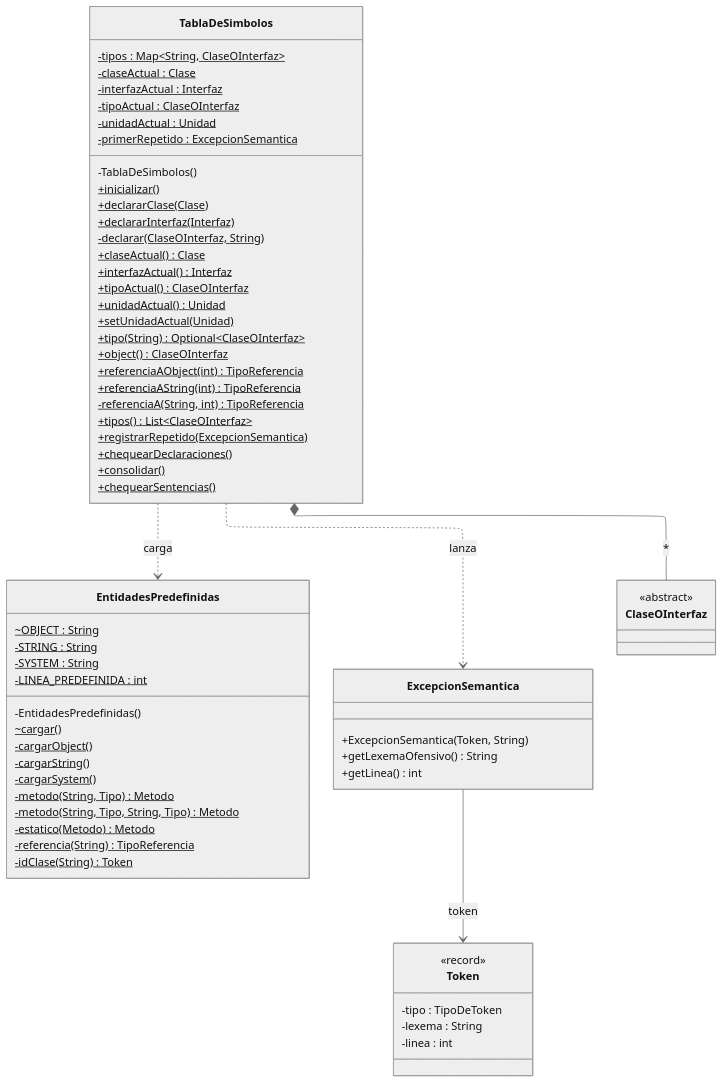
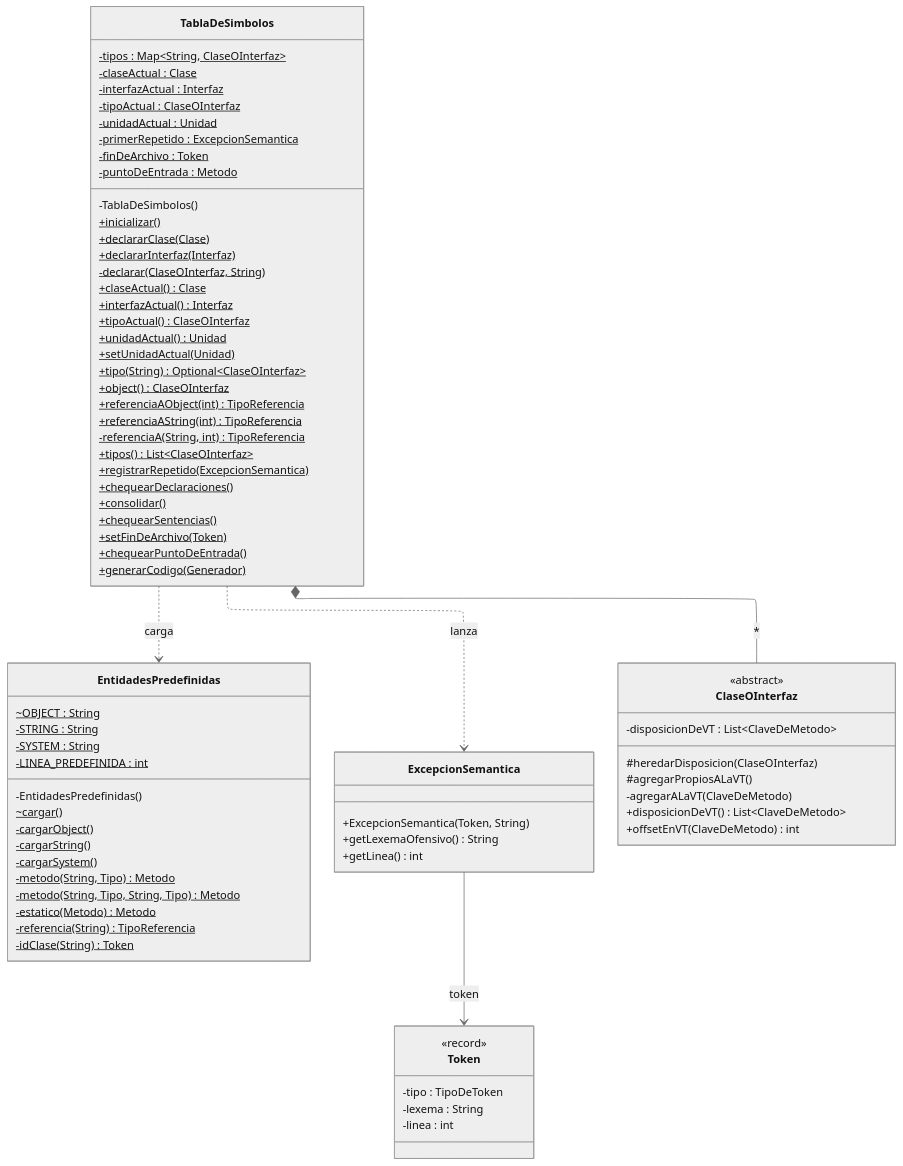
One commit to agustinpaul0/Proyecto-CEI changed the second of 5 diagrams in documentacion/semantico/arquitectura-del-analizador-semantico.md. Above: the diagram before and after it, drawn with Mermaid (neutral theme). The commit also changed other lines of this file and 27 other files, not shown here.

````diff
--- a/documentacion/semantico/arquitectura-del-analizador-semantico.md
+++ b/documentacion/semantico/arquitectura-del-analizador-semantico.md
@@ -61,70 +61,81 @@
 ```mermaid
 ---
 config:
   layout: elk
 ---
 classDiagram
     direction TB
     class TablaDeSimbolos {
         -tipos : Map~String, ClaseOInterfaz~$
         -claseActual : Clase$
         -interfazActual : Interfaz$
         -tipoActual : ClaseOInterfaz$
         -unidadActual : Unidad$
         -primerRepetido : ExcepcionSemantica$
         -TablaDeSimbolos()
         +inicializar()$
         +declararClase(Clase)$
         +declararInterfaz(Interfaz)$
         -declarar(ClaseOInterfaz, String)$
         +claseActual()$ Clase
         +interfazActual()$ Interfaz
         +tipoActual()$ ClaseOInterfaz
         +unidadActual()$ Unidad
         +setUnidadActual(Unidad)$
         +tipo(String)$ Optional~ClaseOInterfaz~
         +object()$ ClaseOInterfaz
         +referenciaAObject(int)$ TipoReferencia
         +referenciaAString(int)$ TipoReferencia
         -referenciaA(String, int)$ TipoReferencia
         +tipos()$ List~ClaseOInterfaz~
         +registrarRepetido(ExcepcionSemantica)$
         +chequearDeclaraciones()$
         +consolidar()$
         +chequearSentencias()$
+        -finDeArchivo : Token$
+        -puntoDeEntrada : Metodo$
+        +setFinDeArchivo(Token)$
+        +chequearPuntoDeEntrada()$
+        +generarCodigo(Generador)$
     }
     class EntidadesPredefinidas {
         ~OBJECT : String$
         -STRING : String$
         -SYSTEM : String$
         -LINEA_PREDEFINIDA : int$
         -EntidadesPredefinidas()
         ~cargar()$
         -cargarObject()$
         -cargarString()$
         -cargarSystem()$
         -metodo(String, Tipo)$ Metodo
         -metodo(String, Tipo, String, Tipo)$ Metodo
         -estatico(Metodo)$ Metodo
         -referencia(String)$ TipoReferencia
         -idClase(String)$ Token
     }
     class ExcepcionSemantica {
         +ExcepcionSemantica(Token, String)
         +getLexemaOfensivo() String
         +getLinea() int
     }
     class Token {
         <<record>>
         -tipo : TipoDeToken
         -lexema : String
         -linea : int
     }
     class ClaseOInterfaz {
         <<abstract>>
+        -disposicionDeVT : List~ClaveDeMetodo~
+        #heredarDisposicion(ClaseOInterfaz)
+        #agregarPropiosALaVT()
+        -agregarALaVT(ClaveDeMetodo)
+        +disposicionDeVT() List~ClaveDeMetodo~
+        +offsetEnVT(ClaveDeMetodo) int
     }
     TablaDeSimbolos *-- ClaseOInterfaz : *
     TablaDeSimbolos ..> EntidadesPredefinidas : carga
     TablaDeSimbolos ..> ExcepcionSemantica : lanza
     ExcepcionSemantica --> Token : token
 ```
````
